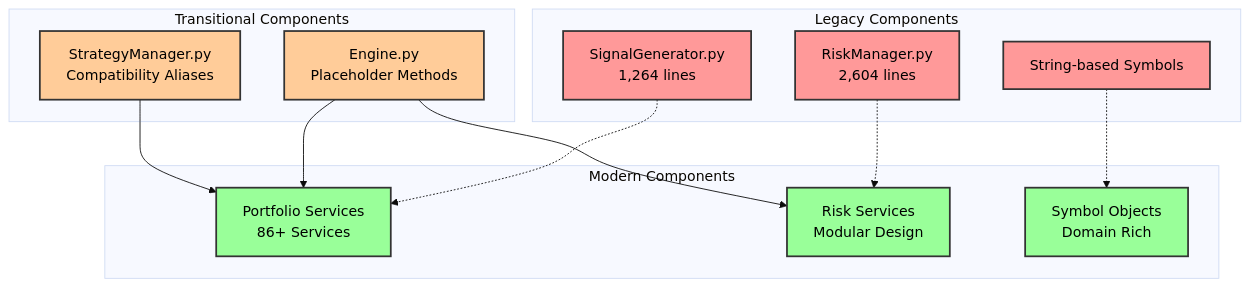
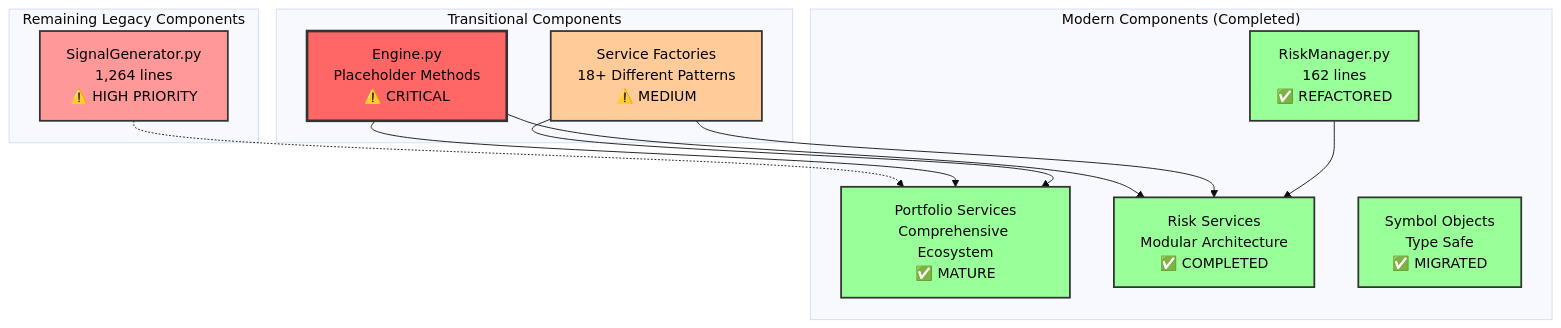
One commit to plataplomo/hummingbot changed the third of 9 diagrams in workflow/business_logic_refactor/02_second_look.md. Above: the diagram before and after it, drawn with Mermaid (base theme). The commit also changed other lines of this file and 39 other files, not shown here.

First line of the commit message:
Refactor Risk Management System and Architectural Analysis (#61)

````diff
--- a/workflow/business_logic_refactor/02_second_look.md
+++ b/workflow/business_logic_refactor/02_second_look.md
@@ -93,35 +102,33 @@
 ```mermaid
 graph TD
-    subgraph "Legacy Components"
-        A[RiskManager.py<br/>2,604 lines]
-        B[SignalGenerator.py<br/>1,264 lines]
-        C[String-based Symbols]
+    subgraph "Remaining Legacy Components"
+        B[SignalGenerator.py<br/>1,264 lines<br/>⚠️ HIGH PRIORITY]
     end
     
     subgraph "Transitional Components"
-        D[Engine.py<br/>Placeholder Methods]
-        E[StrategyManager.py<br/>Compatibility Aliases]
+        D[Engine.py<br/>Placeholder Methods<br/>⚠️ CRITICAL]
+        E[Service Factories<br/>18+ Different Patterns<br/>⚠️ MEDIUM]
     end
     
-    subgraph "Modern Components"
-        F[Portfolio Services<br/>86+ Services]
-        G[Risk Services<br/>Modular Design]
-        H[Symbol Objects<br/>Domain Rich]
+    subgraph "Modern Components (Completed)"
+        A[RiskManager.py<br/>162 lines<br/>✅ REFACTORED]
+        F[Portfolio Services<br/>Comprehensive Ecosystem<br/>✅ MATURE]
+        G[Risk Services<br/>Modular Architecture<br/>✅ COMPLETED]
+        H[Symbol Objects<br/>Type Safe<br/>✅ MIGRATED]
     end
     
-    A -.-> G
     B -.-> F
-    C -.-> H
     D --> F
     D --> G
     E --> F
+    E --> G
+    A --> G
     
-    style A fill:#ff9999,stroke:#333,stroke-width:2px,color:#000
+    style A fill:#99ff99,stroke:#333,stroke-width:2px,color:#000
     style B fill:#ff9999,stroke:#333,stroke-width:2px,color:#000
-    style C fill:#ff9999,stroke:#333,stroke-width:2px,color:#000
-    style D fill:#ffcc99,stroke:#333,stroke-width:2px,color:#000
+    style D fill:#ff6666,stroke:#333,stroke-width:3px,color:#000
     style E fill:#ffcc99,stroke:#333,stroke-width:2px,color:#000
     style F fill:#99ff99,stroke:#333,stroke-width:2px,color:#000
     style G fill:#99ff99,stroke:#333,stroke-width:2px,color:#000
     style H fill:#99ff99,stroke:#333,stroke-width:2px,color:#000
 ```
````
